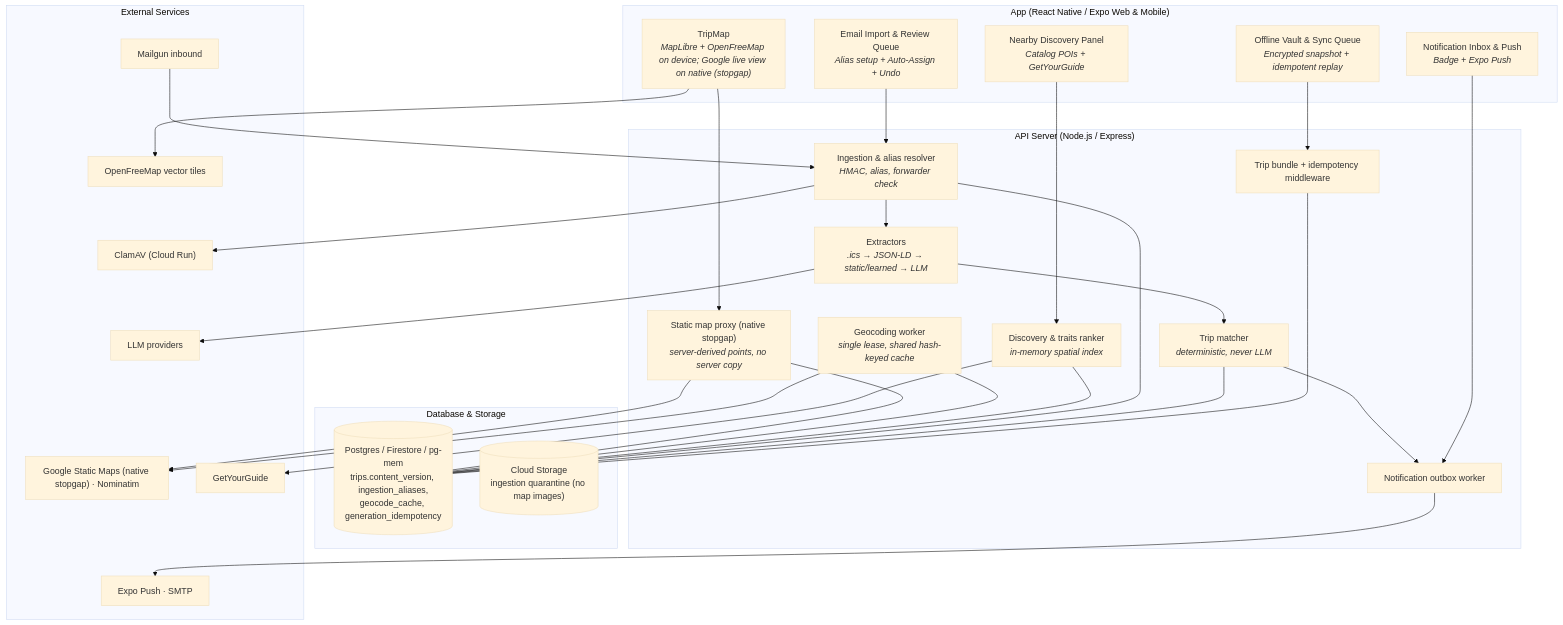
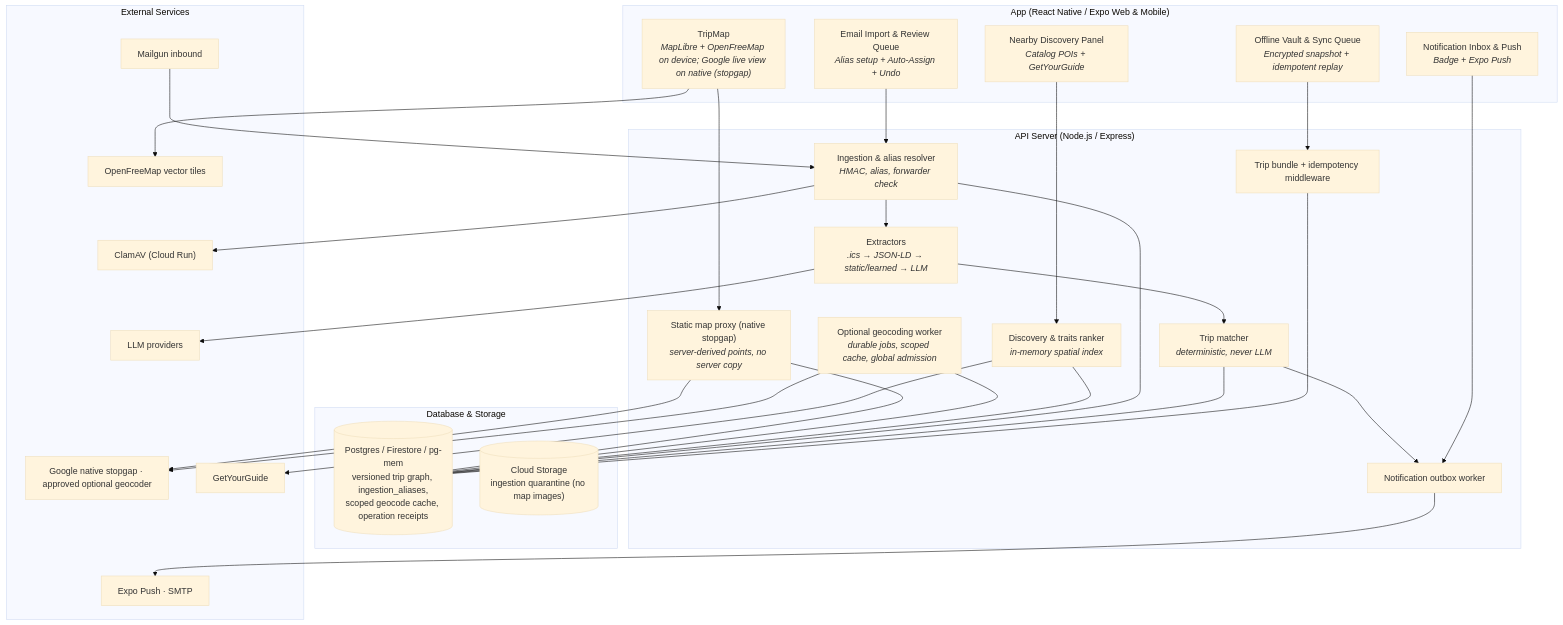
The first of 2 diagrams in docs/implementation_plans/implementation-plan-gap-closing.md (Duerk-Industries/Travel-Itinerary-App), drawn with Mermaid (base theme) before and after one commit. The commit also changed other lines of this file, not shown here.

````diff
--- a/docs/implementation_plans/implementation-plan-gap-closing.md
+++ b/docs/implementation_plans/implementation-plan-gap-closing.md
@@ -59,48 +63,48 @@
 ```mermaid
 flowchart TD
   subgraph Client["App (React Native / Expo Web & Mobile)"]
     UI_Map["TripMap<br/><i>MapLibre + OpenFreeMap on device; Google live view on native (stopgap)</i>"]
     UI_Disc["Nearby Discovery Panel<br/><i>Catalog POIs + GetYourGuide</i>"]
     UI_Ingest["Email Import & Review Queue<br/><i>Alias setup + Auto-Assign + Undo</i>"]
     UI_Notif["Notification Inbox & Push<br/><i>Badge + Expo Push</i>"]
     UI_Off["Offline Vault & Sync Queue<br/><i>Encrypted snapshot + idempotent replay</i>"]
   end
 
   subgraph Server["API Server (Node.js / Express)"]
     API_Maps["Static map proxy (native stopgap)<br/><i>server-derived points, no server copy</i>"]
-    API_Geo["Geocoding worker<br/><i>single lease, shared hash-keyed cache</i>"]
+    API_Geo["Optional geocoding worker<br/><i>durable jobs, scoped cache, global admission</i>"]
     API_Disc["Discovery & traits ranker<br/><i>in-memory spatial index</i>"]
     API_Ingest["Ingestion & alias resolver<br/><i>HMAC, alias, forwarder check</i>"]
     API_Extract["Extractors<br/><i>.ics → JSON-LD → static/learned → LLM</i>"]
     API_Match["Trip matcher<br/><i>deterministic, never LLM</i>"]
     API_Notif["Notification outbox worker"]
     API_Sync["Trip bundle + idempotency middleware"]
   end
 
   subgraph Storage["Database & Storage"]
-    DB[("Postgres / Firestore / pg-mem<br/>trips.content_version, ingestion_aliases,<br/>geocode_cache, generation_idempotency")]
+    DB[("Postgres / Firestore / pg-mem<br/>versioned trip graph, ingestion_aliases,<br/>scoped geocode cache, operation receipts")]
     GCS[("Cloud Storage<br/>ingestion quarantine (no map images)")]
   end
 
   subgraph External["External Services"]
     EXT_Mailgun["Mailgun inbound"]
     EXT_ClamAV["ClamAV (Cloud Run)"]
     EXT_AI["LLM providers"]
-    EXT_Maps["Google Static Maps (native stopgap) · Nominatim"]
+    EXT_Maps["Google native stopgap · approved optional geocoder"]
     EXT_Tiles["OpenFreeMap vector tiles"]
     EXT_GYG["GetYourGuide"]
     EXT_Push["Expo Push · SMTP"]
   end
 
   UI_Map --> EXT_Tiles
   UI_Map --> API_Maps --> EXT_Maps
   API_Geo --> EXT_Maps
   UI_Disc --> API_Disc --> EXT_GYG
   EXT_Mailgun --> API_Ingest --> EXT_ClamAV
   API_Ingest --> API_Extract --> EXT_AI
   API_Extract --> API_Match --> API_Notif --> EXT_Push
   UI_Ingest --> API_Ingest
   UI_Notif --> API_Notif
   UI_Off --> API_Sync
   API_Maps & API_Geo & API_Disc & API_Ingest & API_Match & API_Sync --- DB
 ```
````
